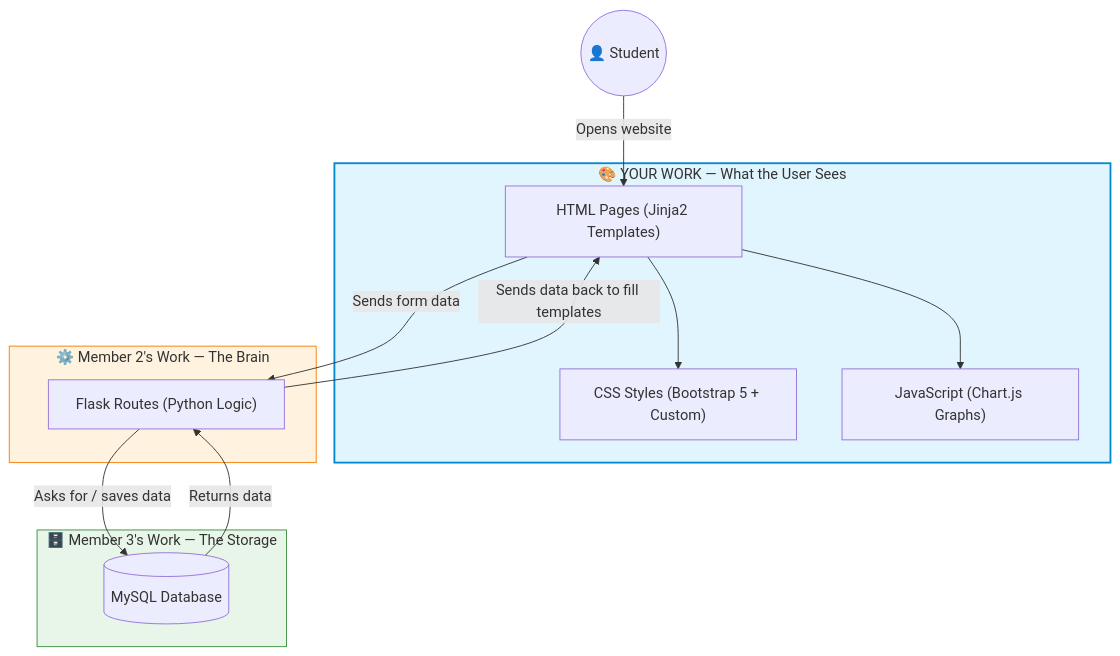
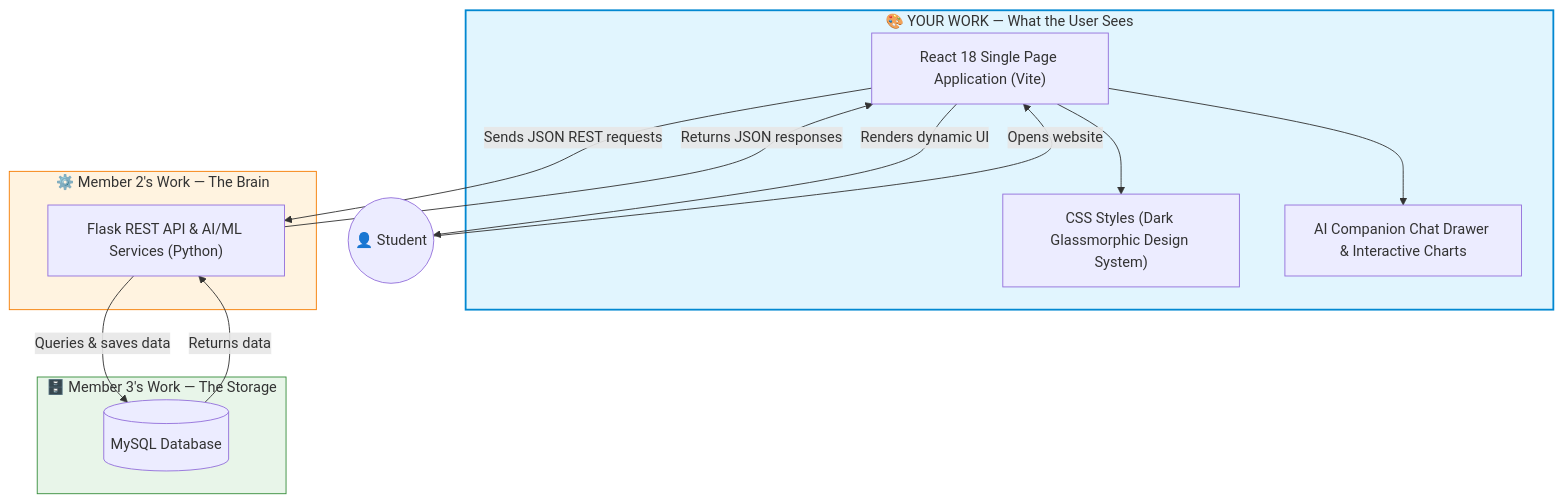
The first of 3 diagrams in members/role_member1_frontend.md (goxxie08/Wellvia), drawn with Mermaid before and after one commit. The commit also changed 8 other files, not shown here.

````diff
--- a/members/role_member1_frontend.md
+++ b/members/role_member1_frontend.md
@@ -19,29 +19,30 @@
 ```mermaid
 flowchart TD
     subgraph YourWork ["🎨 YOUR WORK — What the User Sees"]
-        A["HTML Pages (Jinja2 Templates)"]
-        B["CSS Styles (Bootstrap 5 + Custom)"]
-        C["JavaScript (Chart.js Graphs)"]
+        A["React 18 Single Page Application (Vite)"]
+        B["CSS Styles (Dark Glassmorphic Design System)"]
+        C["AI Companion Chat Drawer & Interactive Charts"]
     end
 
     subgraph Backend ["⚙️ Member 2's Work — The Brain"]
-        D["Flask Routes (Python Logic)"]
+        D["Flask REST API & AI/ML Services (Python)"]
     end
 
     subgraph Database ["🗄️ Member 3's Work — The Storage"]
         E[("MySQL Database")]
     end
 
     User(("👤 Student"))
     User -->|Opens website| A
     A --> B
     A --> C
-    A -->|Sends form data| D
-    D -->|Asks for / saves data| E
+    A -->|Sends JSON REST requests| D
+    D -->|Queries & saves data| E
     E -->|Returns data| D
-    D -->|Sends data back to fill templates| A
+    D -->|Returns JSON responses| A
+    A -->|Renders dynamic UI| User
 
     style YourWork fill:#e1f5fe,stroke:#0288d1,stroke-width:2px
     style Backend fill:#fff3e0,stroke:#f57c00,stroke-width:1px
     style Database fill:#e8f5e9,stroke:#388e3c,stroke-width:1px
 ```
````
